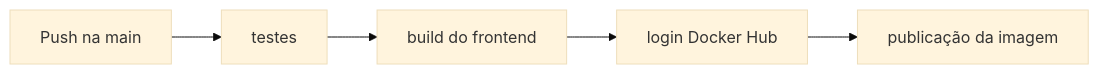
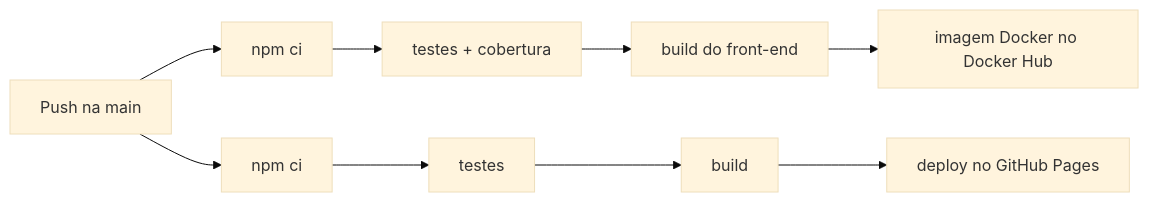
One commit to HeberMacedo/La-Farina changed the diagram in README.md. Above: the diagram before and after it, drawn with Mermaid (base theme). The commit also changed other lines of this file and 16 other files, not shown here.

````diff
--- a/README.md
+++ b/README.md
@@ -90,7 +105,11 @@
 ```mermaid
 flowchart LR
-    A[Push na main] --> B[testes]
-    B --> C[build do frontend]
-    C --> D[login Docker Hub]
-    D --> E[publicação da imagem]
+    A[Push na main] --> B[npm ci]
+    B --> C[testes + cobertura]
+    C --> D[build do front-end]
+    D --> E[imagem Docker no Docker Hub]
+    A --> F[npm ci]
+    F --> G[testes]
+    G --> H[build]
+    H --> I[deploy no GitHub Pages]
 ```
````
